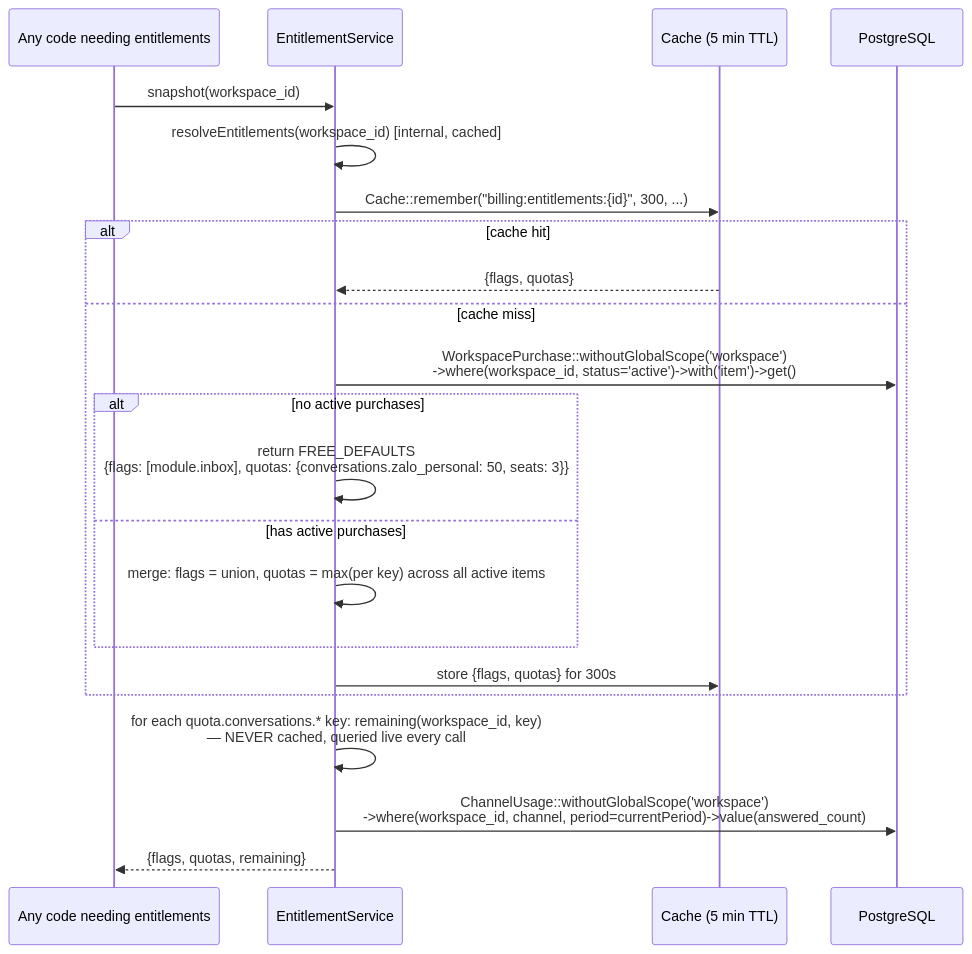
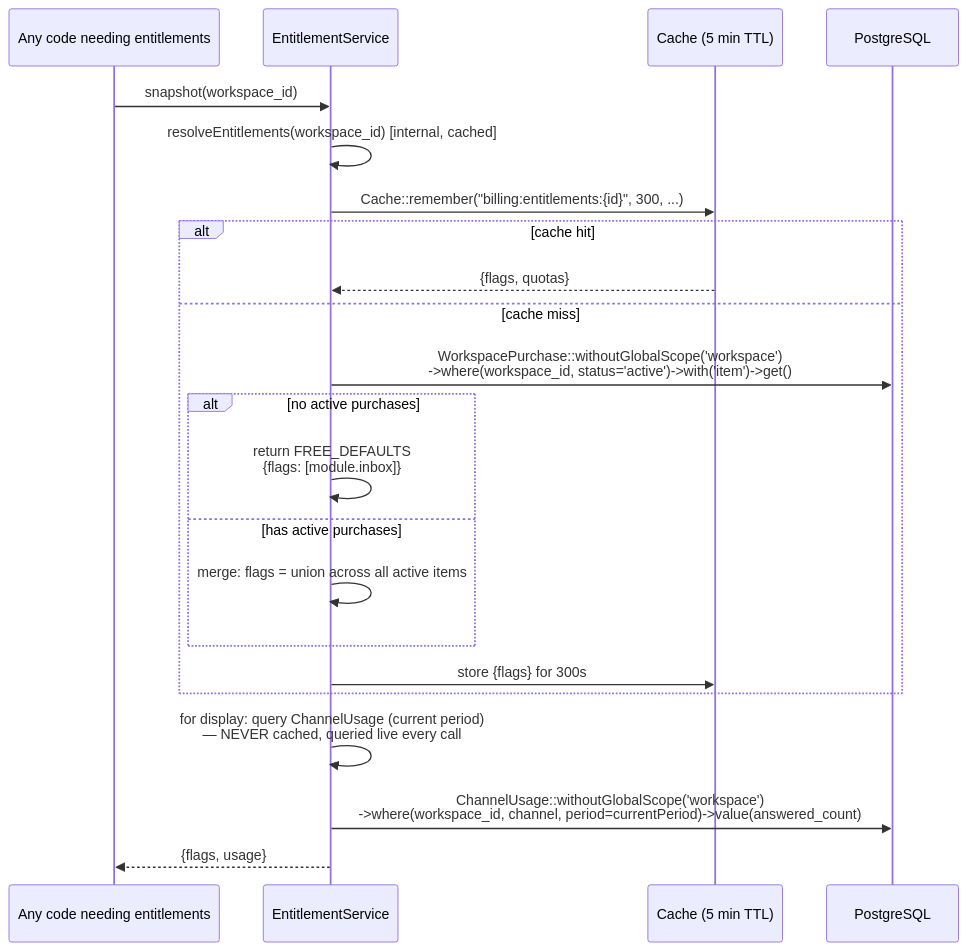
The second of 2 diagrams in docs/features/messaging/plan-entitlements-grant.md (locdev-2001/yona), drawn with Mermaid before and after one commit. The commit also changed other lines of this file and 14 other files, not shown here.

````diff
--- a/docs/features/messaging/plan-entitlements-grant.md
+++ b/docs/features/messaging/plan-entitlements-grant.md
@@ -72,25 +72,25 @@
 ```mermaid
 sequenceDiagram
     participant Caller as Any code needing entitlements
     participant Svc as EntitlementService
     participant Cache as Cache (5 min TTL)
     participant DB as PostgreSQL
 
     Caller->>Svc: snapshot(workspace_id)
     Svc->>Svc: resolveEntitlements(workspace_id)  [internal, cached]
     Svc->>Cache: Cache::remember("billing:entitlements:{id}", 300, ...)
     alt cache hit
         Cache-->>Svc: {flags, quotas}
     else cache miss
         Svc->>DB: WorkspacePurchase::withoutGlobalScope('workspace')<br/>->where(workspace_id, status='active')->with('item')->get()
         alt no active purchases
-            Svc->>Svc: return FREE_DEFAULTS<br/>{flags: [module.inbox], quotas: {conversations.zalo_personal: 50, seats: 3}}
+            Svc->>Svc: return FREE_DEFAULTS<br/>{flags: [module.inbox]}
         else has active purchases
-            Svc->>Svc: merge: flags = union, quotas = max(per key) across all active items
+            Svc->>Svc: merge: flags = union across all active items
         end
-        Svc->>Cache: store {flags, quotas} for 300s
+        Svc->>Cache: store {flags} for 300s
     end
-    Svc->>Svc: for each quota.conversations.* key: remaining(workspace_id, key)<br/>— NEVER cached, queried live every call
+    Svc->>Svc: for display: query ChannelUsage (current period)<br/>— NEVER cached, queried live every call
     Svc->>DB: ChannelUsage::withoutGlobalScope('workspace')<br/>->where(workspace_id, channel, period=currentPeriod)->value(answered_count)
-    Svc-->>Caller: {flags, quotas, remaining}
+    Svc-->>Caller: {flags, usage}
 ```
````
